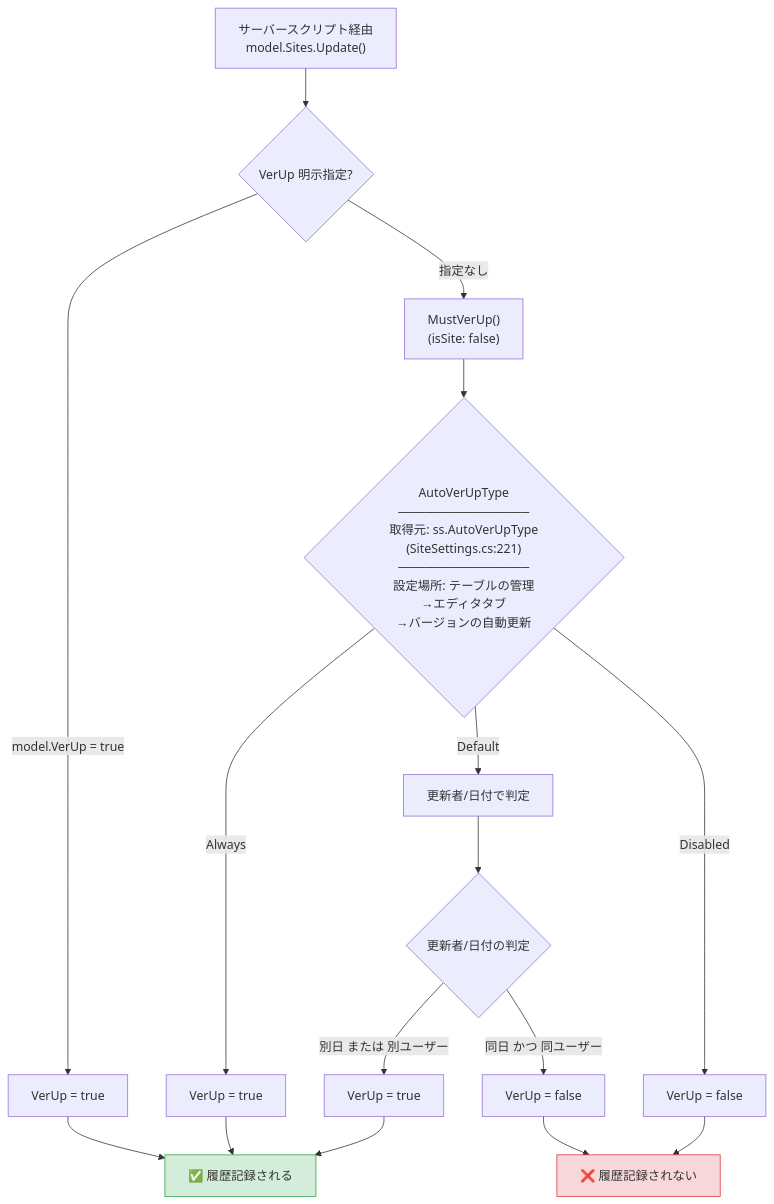
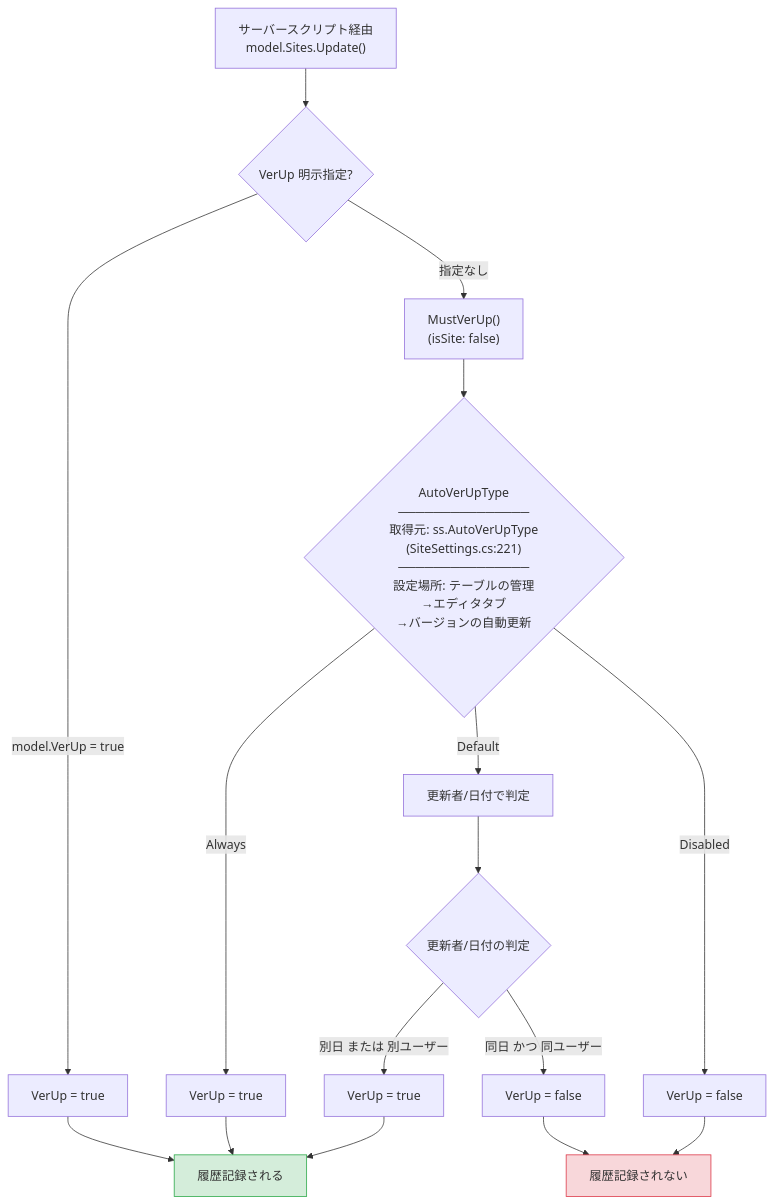
The third of 7 diagrams in docs/research/03-データ操作・API/002-SiteSetting変更履歴.md (vehiclevisionjp/VehicleVision.Pleasanter.ResearchDocuments), drawn with Mermaid before and after one commit. The commit also changed other lines of this file and 15 other files, not shown here.

````diff
--- a/docs/research/03-データ操作・API/002-SiteSetting変更履歴.md
+++ b/docs/research/03-データ操作・API/002-SiteSetting変更履歴.md
@@ -107,28 +108,28 @@
 ```mermaid
 flowchart TB
     Start["サーバースクリプト経由<br/>model.Sites.Update()"]
 
     Start --> Explicit{VerUp 明示指定?}
 
     Explicit -->|"model.VerUp = true"| VerUpTrue["VerUp = true"]
     Explicit -->|指定なし| MustVerUp["MustVerUp()<br/>(isSite: false)"]
 
     MustVerUp --> AutoType{"AutoVerUpType<br/>───────────────<br/>取得元: ss.AutoVerUpType<br/>(SiteSettings.cs:221)<br/>───────────────<br/>設定場所: テーブルの管理<br/>→エディタタブ<br/>→バージョンの自動更新"}
 
     AutoType -->|Always| Always["VerUp = true"]
     AutoType -->|Default| Default["更新者/日付で判定"]
     AutoType -->|Disabled| Disabled["VerUp = false"]
 
     Default --> DefaultCondition{更新者/日付の判定}
     DefaultCondition -->|別日 または 別ユーザー| DefaultTrue["VerUp = true"]
     DefaultCondition -->|同日 かつ 同ユーザー| DefaultFalse["VerUp = false"]
 
-    VerUpTrue --> RecordYes["✅ 履歴記録される"]
+    VerUpTrue --> RecordYes["履歴記録される"]
     Always --> RecordYes
     DefaultTrue --> RecordYes
-    DefaultFalse --> RecordNo["❌ 履歴記録されない"]
+    DefaultFalse --> RecordNo["履歴記録されない"]
     Disabled --> RecordNo
 
     style RecordYes fill:#d4edda,stroke:#28a745
     style RecordNo fill:#f8d7da,stroke:#dc3545
 ```
````
